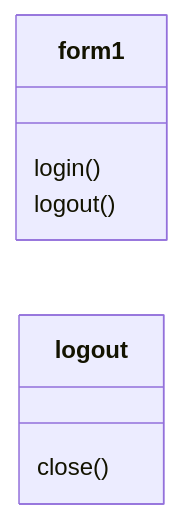
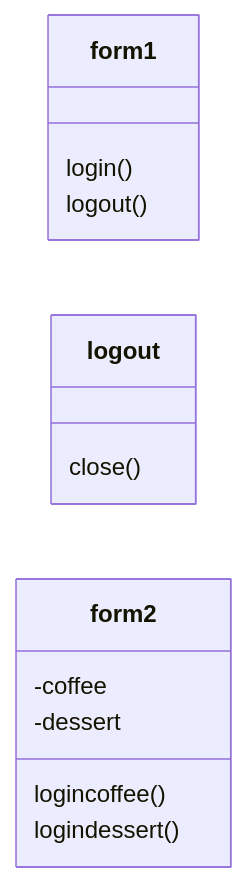
Before and after one commit to Syxsaran/ReportSalesCoffee: the diagram in README.md, drawn with Mermaid.

````diff
--- a/README.md
+++ b/README.md
@@ -11,11 +11,17 @@
 ```mermaid
 classDiagram
   direction LR
   class form1{
   login()
   logout()
   }
   class logout{
   close()
   }
+  class form2{
+  -coffee
+  -dessert
+  logincoffee()
+  logindessert()
+  }
   ```
````
